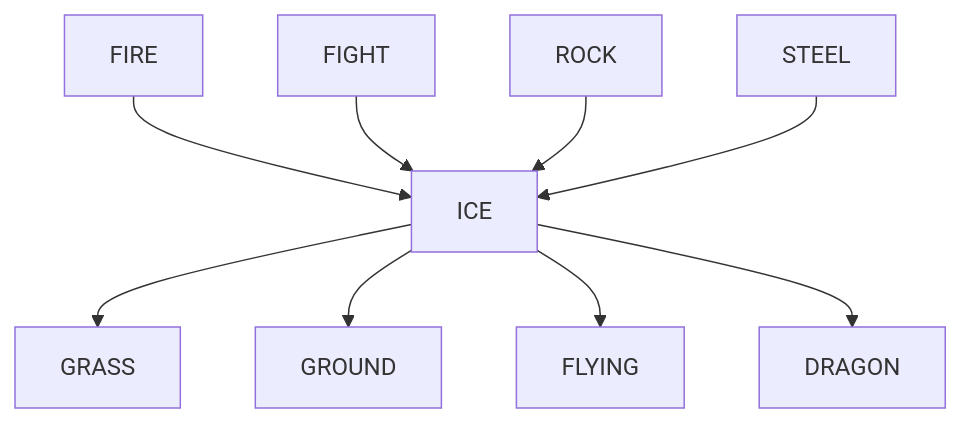
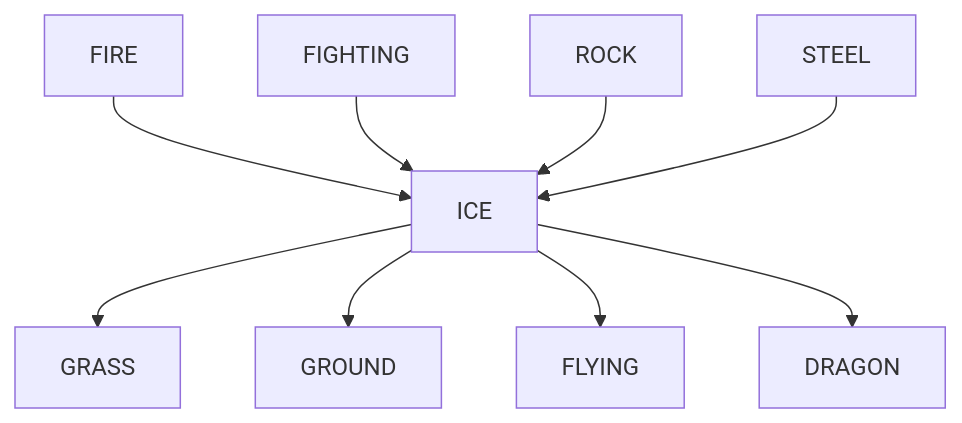
Diagram 12 of 18 in pokemon-type-chart/per-type.md (cliffano/typhlosion), drawn with Mermaid before and after one commit. The commit also changed other lines of this file and 1 other file, not shown here.

Commit message:
Fix Fighting Pokemon type name.

````diff
--- a/pokemon-type-chart/per-type.md
+++ b/pokemon-type-chart/per-type.md
@@ -124,11 +124,11 @@
 ```mermaid
   graph TD;
       FIRE-->ICE;
-      FIGHT-->ICE;
+      FIGHTING-->ICE;
       ROCK-->ICE;
       STEEL-->ICE;
       ICE-->GRASS;
       ICE-->GROUND;
       ICE-->FLYING;
       ICE-->DRAGON;
 ```
````
